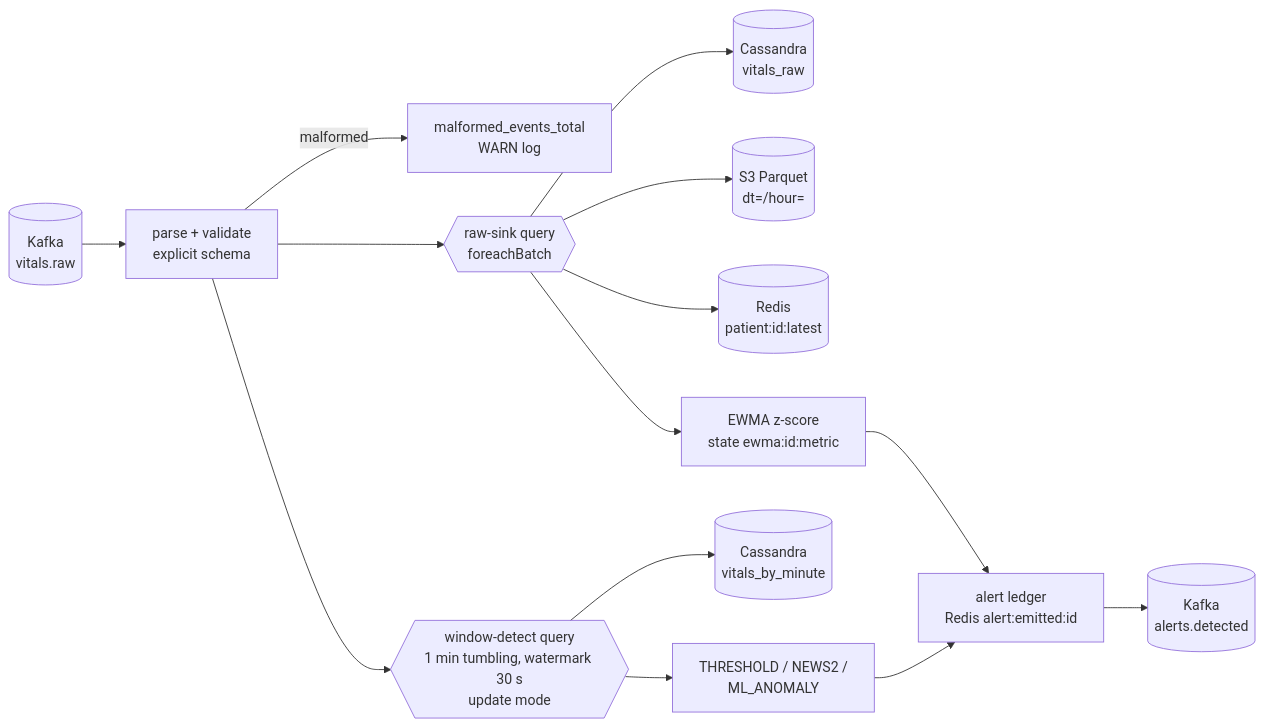
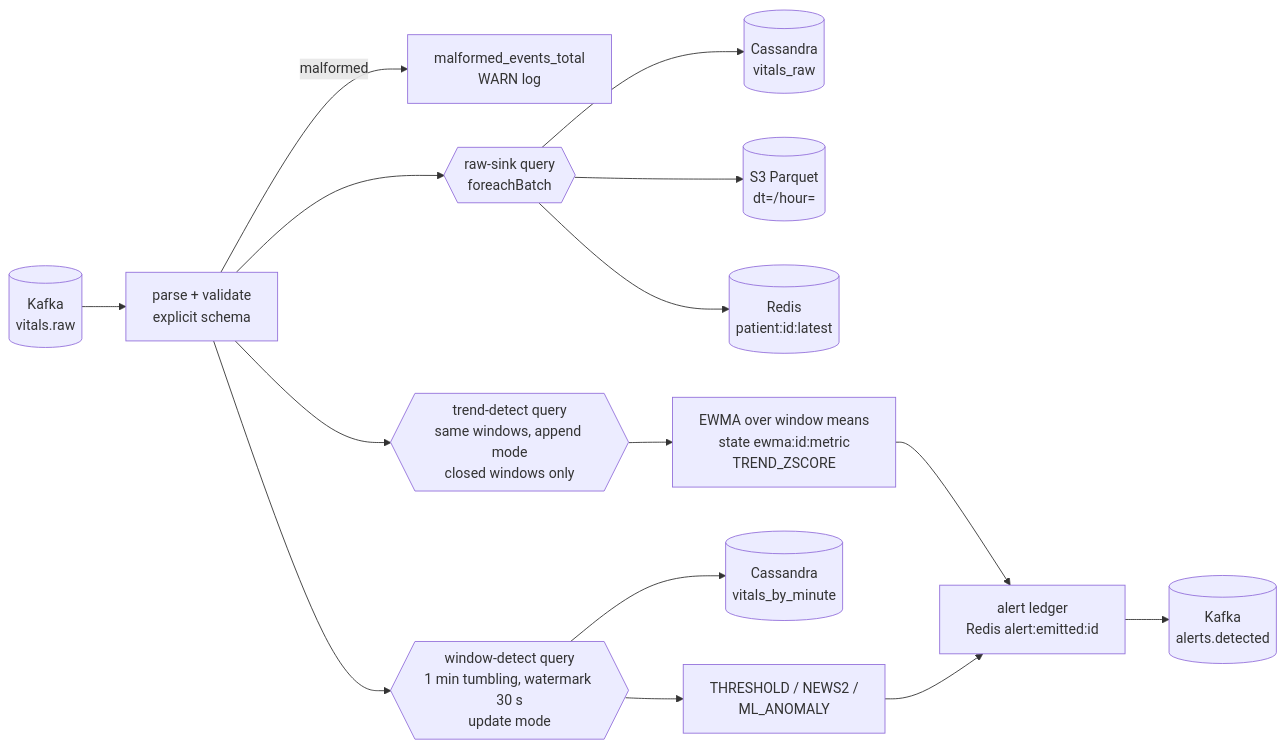
Before and after one commit to ilay-fisher/vitalstream: the diagram in services/stream-processor/README.md, drawn with Mermaid. The commit also changed other lines of this file and 11 other files, not shown here.

First line of the commit message:
fix(stream-processor): TREND_ZSCORE v2 (window means + persistence) (#17)

````diff
--- a/services/stream-processor/README.md
+++ b/services/stream-processor/README.md
@@ -16,16 +16,17 @@
 ```mermaid
 flowchart LR
     K[(Kafka<br/>vitals.raw)] --> P[parse + validate<br/>explicit schema]
     P -- malformed --> M[malformed_events_total<br/>WARN log]
     P --> Q1{{raw-sink query<br/>foreachBatch}}
     P --> Q2{{window-detect query<br/>1 min tumbling, watermark 30 s<br/>update mode}}
     Q1 --> C1[(Cassandra<br/>vitals_raw)]
     Q1 --> S3[(S3 Parquet<br/>dt=/hour=)]
     Q1 --> R1[(Redis<br/>patient:id:latest)]
-    Q1 --> E[EWMA z-score<br/>state ewma:id:metric]
+    P --> Q3{{trend-detect query<br/>same windows, append mode<br/>closed windows only}}
+    Q3 --> E[EWMA over window means<br/>state ewma:id:metric<br/>TREND_ZSCORE]
     E --> A
     Q2 --> C2[(Cassandra<br/>vitals_by_minute)]
     Q2 --> D[THRESHOLD / NEWS2 /<br/>ML_ANOMALY]
     D --> A[alert ledger<br/>Redis alert:emitted:id]
     A --> KA[(Kafka<br/>alerts.detected)]
 ```
````
